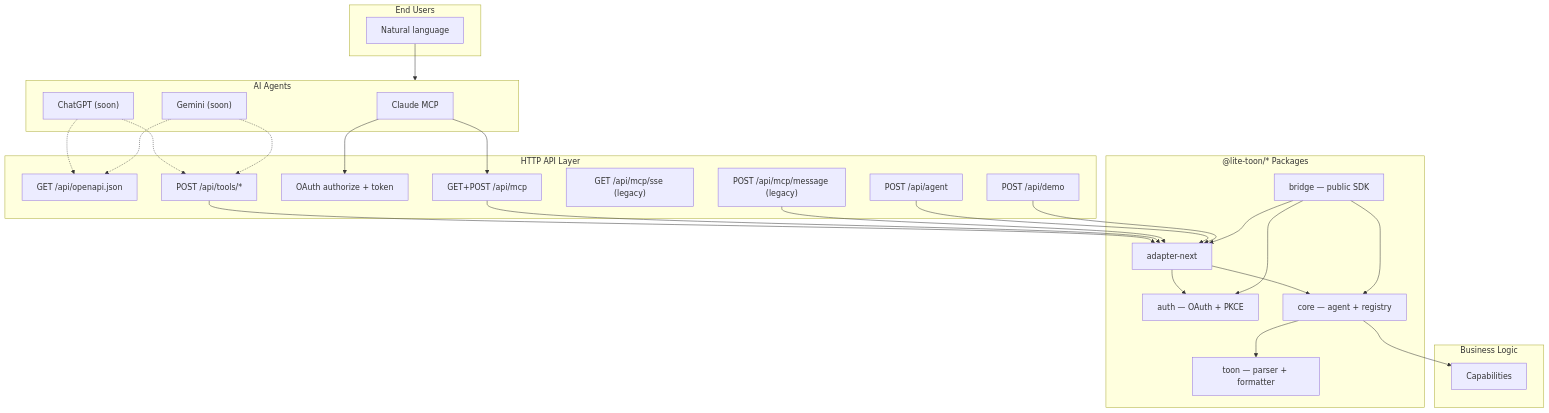
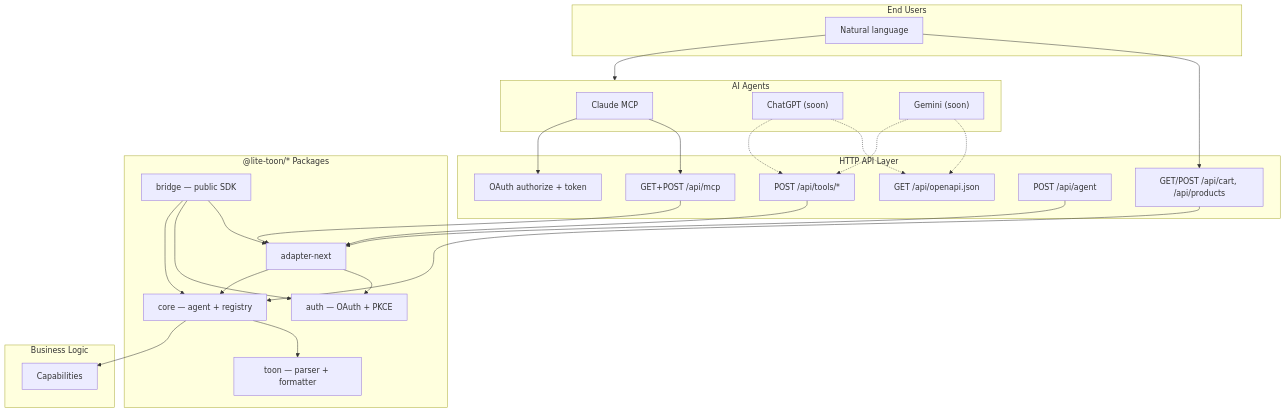
One commit to Luke-official/lite-toon changed the first of 4 diagrams in docs/architecture/overview.md. Above: the diagram before and after it, drawn with Mermaid. The commit also changed other lines of this file and 55 other files, not shown here.

Commit message:
feat: implement new cart API endpoints and enhance demo app UI; remove legacy MCP message and SSE endpoints, update documentation, and improve user experience with clearer prompts and cart management features

````diff
--- a/docs/architecture/overview.md
+++ b/docs/architecture/overview.md
@@ -19,55 +28,53 @@
 ```mermaid
 flowchart TB
     subgraph users ["End Users"]
         U["Natural language"]
     end
 
     subgraph agents ["AI Agents"]
         Claude["Claude MCP"]
         GPT["ChatGPT (soon)"]
         Gemini["Gemini (soon)"]
     end
 
     subgraph network ["HTTP API Layer"]
         OpenAPI["GET /api/openapi.json"]
         Tools["POST /api/tools/*"]
         OAuth["OAuth authorize + token"]
         MCPhttp["GET+POST /api/mcp"]
-        MCPsse["GET /api/mcp/sse (legacy)"]
-        MCPmsg["POST /api/mcp/message (legacy)"]
         Agent["POST /api/agent"]
-        Demo["POST /api/demo"]
+        Webapp["GET/POST /api/cart, /api/products"]
     end
 
     subgraph packages ["@lite-toon/* Packages"]
         Bridge["bridge — public SDK"]
         Adapter["adapter-next"]
         Auth["auth — OAuth + PKCE"]
         Core["core — agent + registry"]
         Toon["toon — parser + formatter"]
     end
 
     subgraph app ["Business Logic"]
         Cap["Capabilities"]
     end
 
     U --> agents
+    U --> Webapp
     Claude --> MCPhttp
     Claude --> OAuth
     GPT -.-> OpenAPI
     GPT -.-> Tools
     Gemini -.-> OpenAPI
     Gemini -.-> Tools
     Tools --> Adapter
     MCPhttp --> Adapter
-    MCPmsg --> Adapter
     Agent --> Adapter
-    Demo --> Adapter
+    Webapp --> Core
     Adapter --> Auth
     Adapter --> Core
     Core --> Toon
     Core --> Cap
     Bridge --> Adapter
     Bridge --> Auth
     Bridge --> Core
 ```
````
